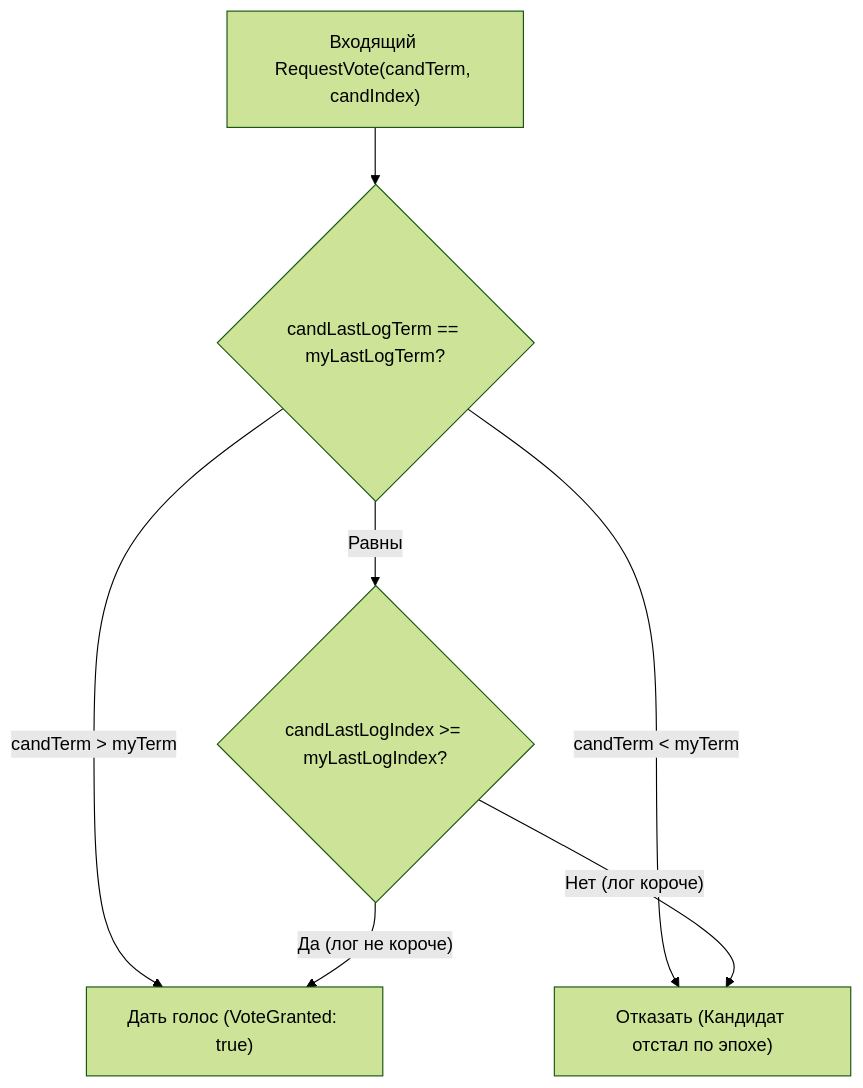
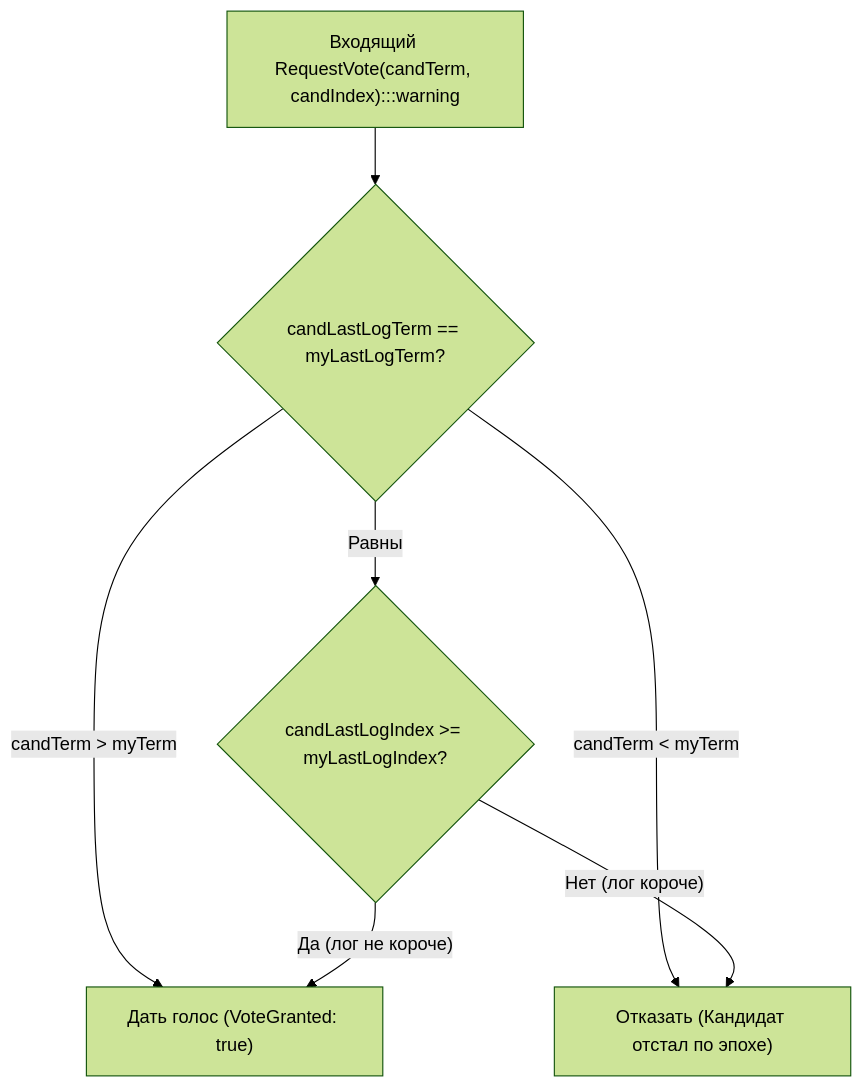
Before and after one commit to UnrealTemplier/go-textbook: the third of 3 diagrams in sources/14. Распределенные системы на Go/02. Консенсус/3. Raft. Leader election.md, drawn with Mermaid (forest theme). The commit also changed other lines of this file and 1666 other files, not shown here.

First line of the commit message:
feat(mermaid): add semantic color classDef to 1369 colorless flowchart/graph diagrams

````diff
--- a/sources/14. Распределенные системы на Go/02. Консенсус/3. Raft. Leader election.md
+++ b/sources/14. Распределенные системы на Go/02. Консенсус/3. Raft. Leader election.md
@@ -198,11 +208,21 @@
 ```mermaid
 flowchart TD
-    Start["Входящий RequestVote(candTerm, candIndex)"] --> TermCheck{"candLastLogTerm == myLastLogTerm?"}
+    classDef process  fill:#1e293b,stroke:#38bdf8,stroke-width:1px,color:#f8fafc
+    classDef success  fill:#064e3b,stroke:#34d399,stroke-width:1px,color:#f8fafc
+    classDef error    fill:#7f1d1d,stroke:#f87171,stroke-width:1px,color:#f8fafc
+    classDef warning  fill:#78350f,stroke:#fbbf24,stroke-width:1px,color:#f8fafc
+    classDef entry    fill:#1e3a5f,stroke:#38bdf8,stroke-width:2px,color:#f8fafc
+    classDef aux      fill:#334155,stroke:#64748b,stroke-width:1px,color:#f8fafc
+    classDef system   fill:#312e81,stroke:#a78bfa,stroke-width:1px,color:#f8fafc
+    classDef data     fill:#132d29,stroke:#2dd4bf,stroke-width:1px,color:#f8fafc
+    classDef network  fill:#881337,stroke:#fb7185,stroke-width:1px,color:#f8fafc
+    classDef accent   fill:#1e1b4b,stroke:#818cf8,stroke-width:1px,color:#f8fafc
+    Start["Входящий RequestVote(candTerm, candIndex):::warning"] --> TermCheck{"candLastLogTerm == myLastLogTerm?"}
     
     TermCheck -- "candTerm > myTerm" --> Grant["Дать голос (VoteGranted: true)"]
     TermCheck -- "candTerm < myTerm" --> Reject["Отказать (Кандидат отстал по эпохе)"]
     
     TermCheck -- "Равны" --> IndexCheck{"candLastLogIndex >= myLastLogIndex?"}
     IndexCheck -- "Да (лог не короче)" --> Grant
     IndexCheck -- "Нет (лог короче)" --> Reject
 ```
````
